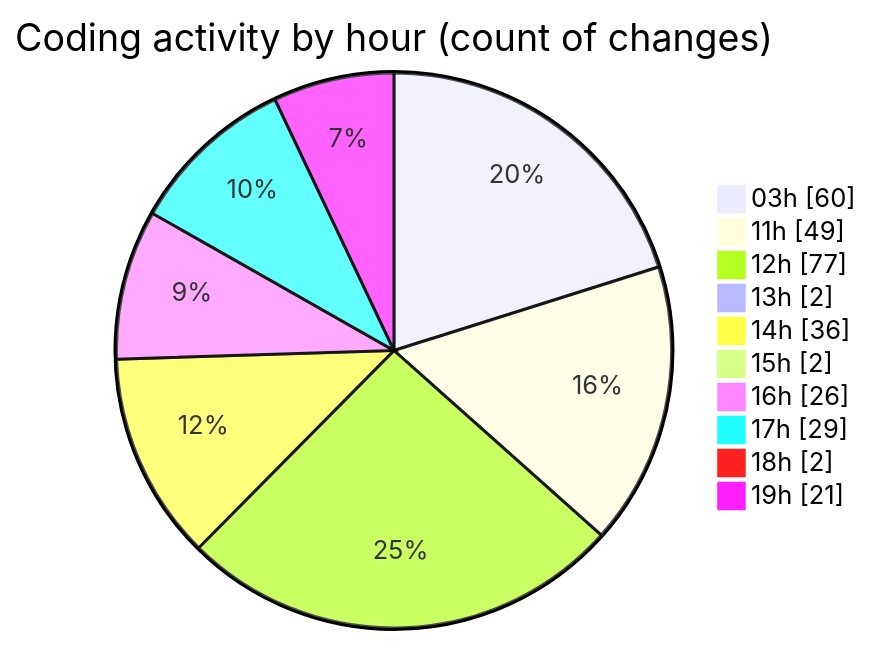
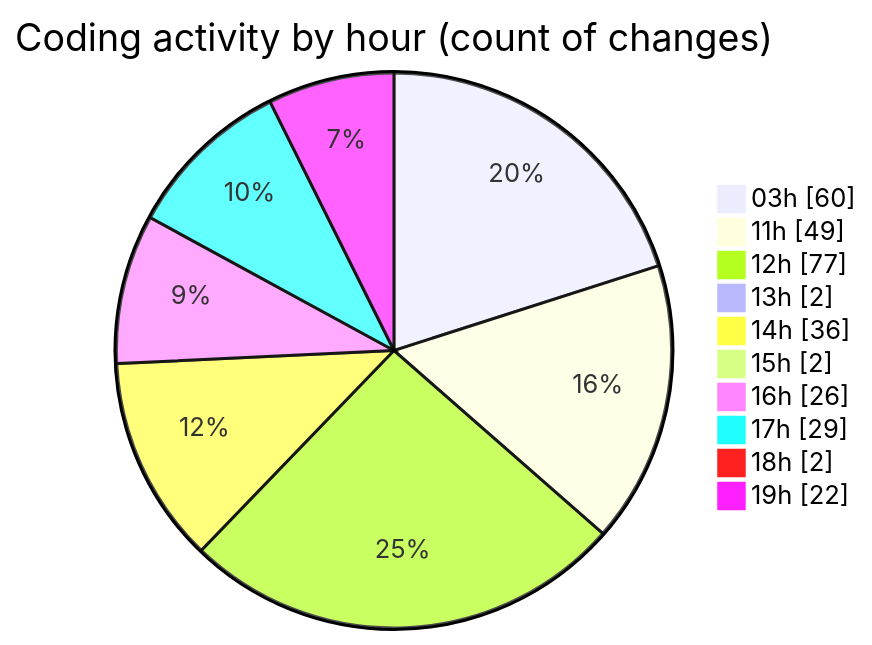
Before and after one commit to Ritupan-Deka/code-tracking: the second of 2 diagrams in 2025-07-02/mern-thinkboard/README.md, drawn with Mermaid. The commit also changed other lines of this file and 1 other file, not shown here.

````diff
--- a/2025-07-02/mern-thinkboard/README.md
+++ b/2025-07-02/mern-thinkboard/README.md
@@ -42,14 +42,14 @@
 ```mermaid
 pie showData
 title Coding activity by hour (count of changes)
 "03h" : 60
 "11h" : 49
 "12h" : 77
 "13h" : 2
 "14h" : 36
 "15h" : 2
 "16h" : 26
 "17h" : 29
 "18h" : 2
-"19h" : 21
+"19h" : 22
 ```
````
